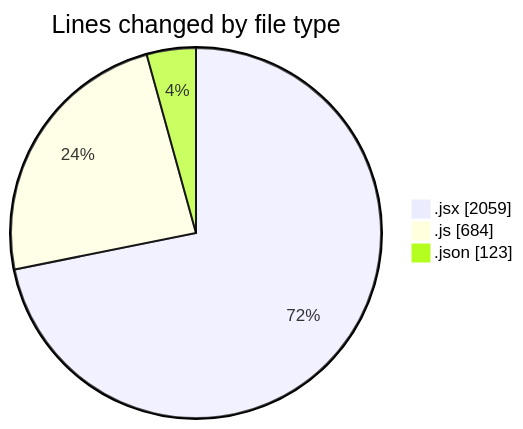
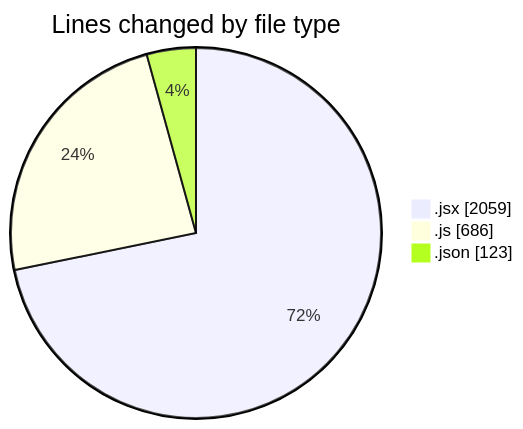
One commit to nxtqubesakshisongat/code-tracking changed the first of 2 diagrams in 2025-12-28/nxtqube_webapp/README.md. Above: the diagram before and after it, drawn with Mermaid. The commit also changed other lines of this file and 1 other file, not shown here.

````diff
--- a/2025-12-28/nxtqube_webapp/README.md
+++ b/2025-12-28/nxtqube_webapp/README.md
@@ -24,7 +24,7 @@
 ```mermaid
 pie showData
 title Lines changed by file type
 ".jsx" : 2059
-".js" : 684
+".js" : 686
 ".json" : 123
 ```
````
